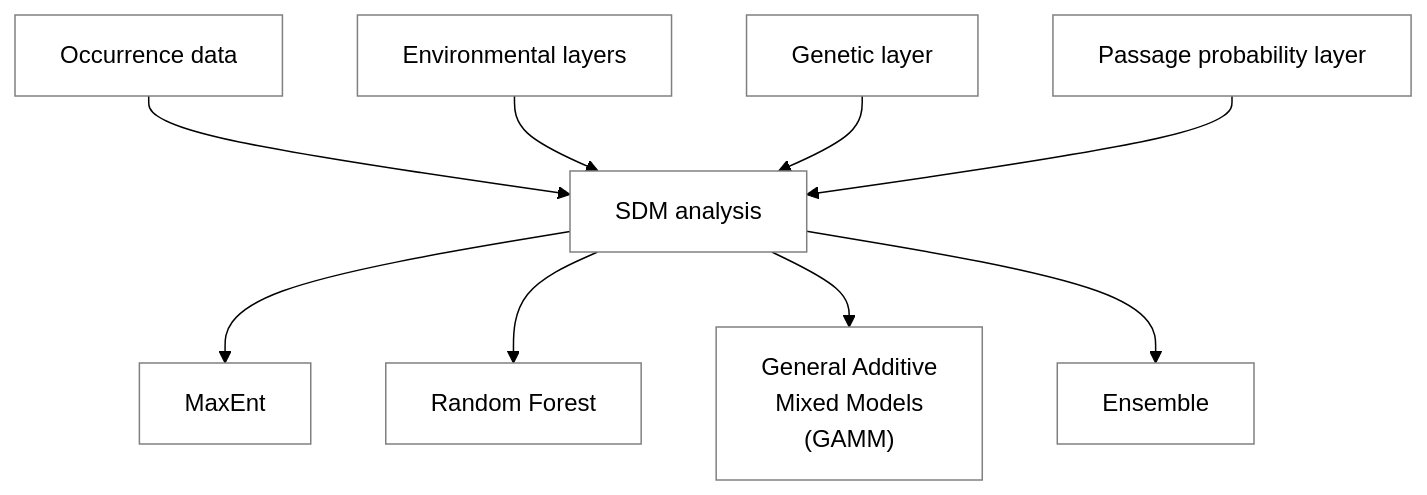
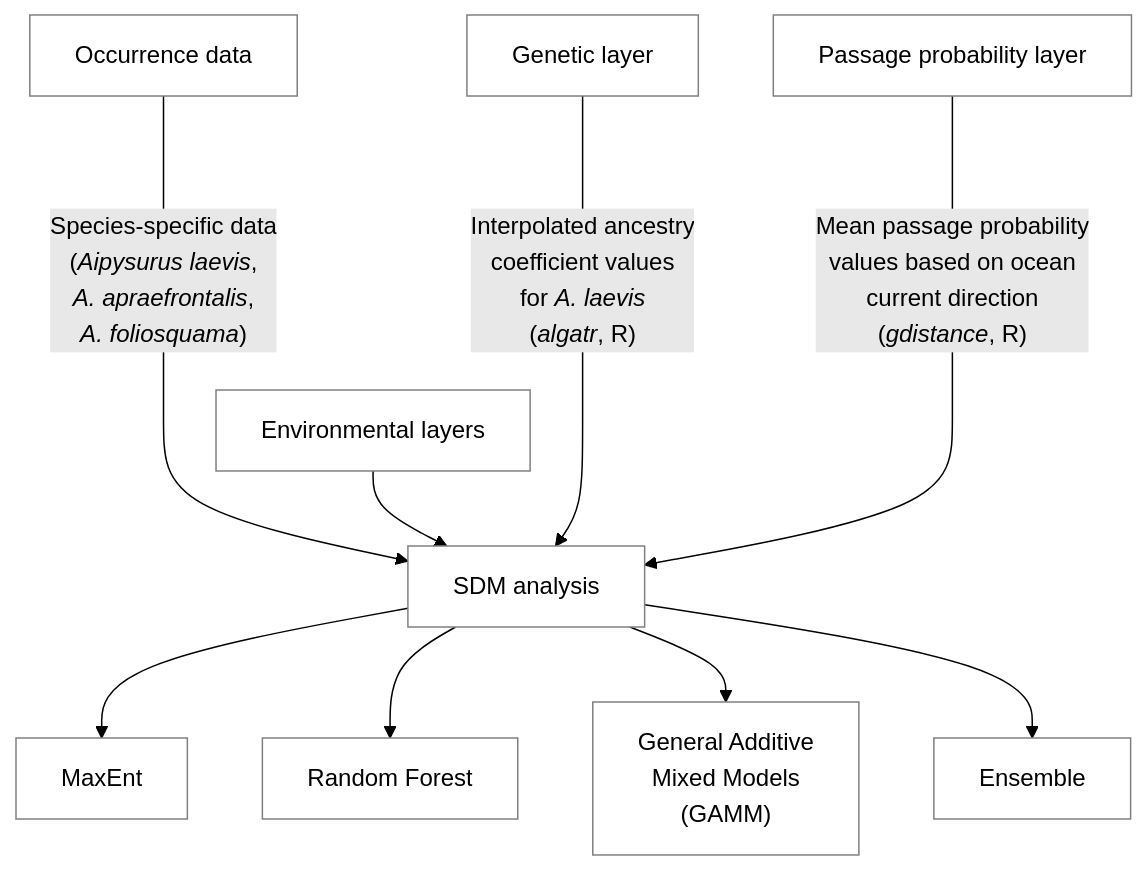
Before and after one commit to grcvhon/atm-analysis: the diagram in README.md, drawn with Mermaid (forest theme).

Commit message:
Update: desc flowchart

````diff
--- a/README.md
+++ b/README.md
@@ -11,33 +11,44 @@
 ```mermaid
 flowchart TD;
     A["Occurrence data"]
     B["Environmental layers"]
     C["Genetic layer"]
     D["Passage probability layer"]
     E["SDM analysis"]
     F["MaxEnt"]
     G["Random Forest"]
     H["General Additive 
     Mixed Models
     (GAMM)"]
     I["Ensemble"]
     
     style A fill:white,stroke:grey,color:black
     style B fill:white,stroke:grey,color:black
     style C fill:white,stroke:grey,color:black
     style D fill:white,stroke:grey,color:black
     style E fill:white,stroke:grey,color:black
     style F fill:white,stroke:grey,color:black
     style G fill:white,stroke:grey,color:black
     style H fill:white,stroke:grey,color:black
     style I fill:white,stroke:grey,color:black
 
-    A-->E;
+    A--
+    Species-specific data
+    (<i>Aipysurus laevis</i>,
+    <i>A. apraefrontalis</i>,
+    <i>A. foliosquama</i>)---->E;
     B-->E;
-    C-->E;
-    D-->E;
+    C--Interpolated ancestry
+    coefficient values
+    for <i>A. laevis</i>
+    (<i>algatr</i>, R)---->E;
+    D--Mean passage probability
+    values based on ocean 
+    current direction 
+    (<i>gdistance</i>, R)
+    ---->E;
     E-->F;
     E-->G;
     E-->H;
     E-->I;
 ```
````
